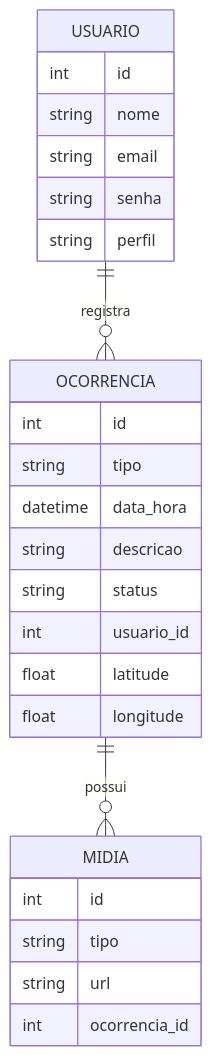
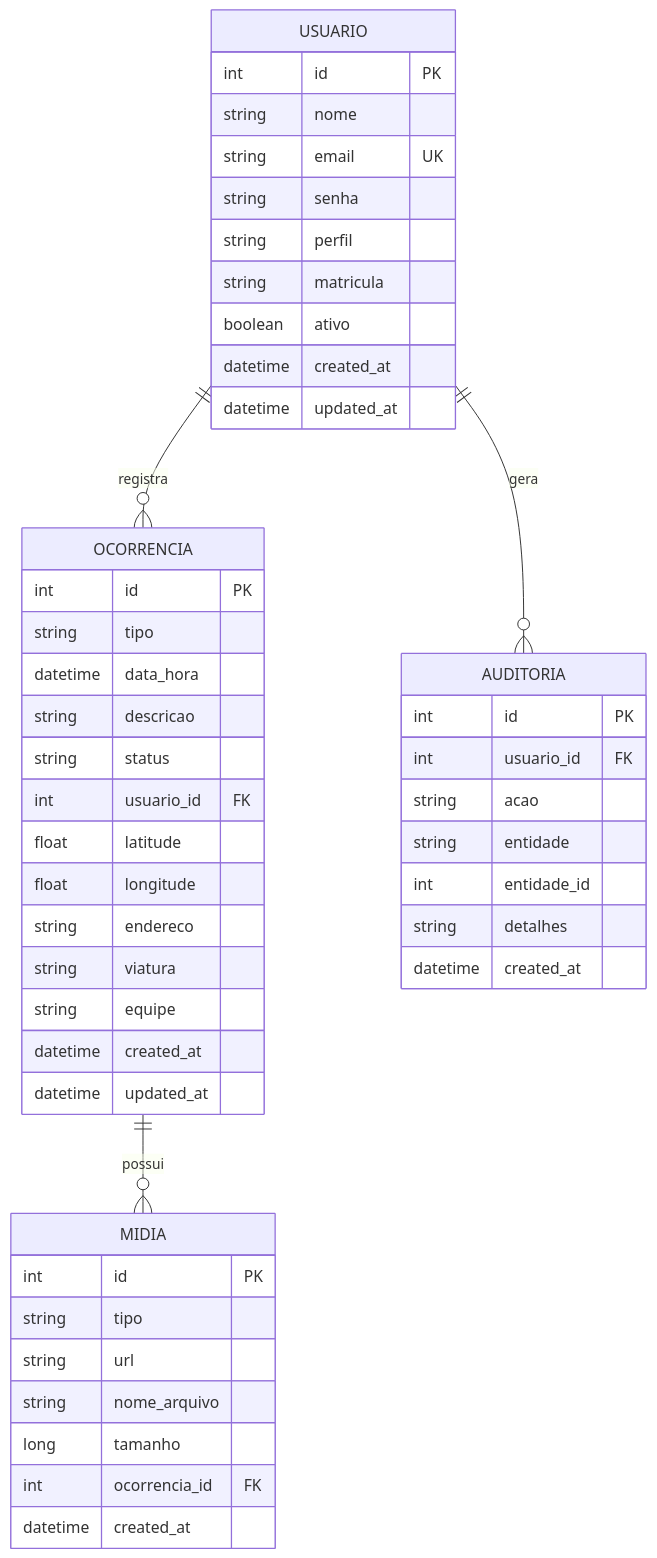
One commit to ViniciusHubb/lobo-webapp-project changed the second of 2 diagrams in README.md. Above: the diagram before and after it, drawn with Mermaid. The commit also changed other lines of this file, not shown here.

````diff
--- a/README.md
+++ b/README.md
@@ -163,28 +182,54 @@
 ```mermaid
 erDiagram
     USUARIO {
-      int id
-      string nome
-      string email
-      string senha
-      string perfil
+        int id PK
+        string nome
+        string email UK
+        string senha
+        string perfil
+        string matricula
+        boolean ativo
+        datetime created_at
+        datetime updated_at
     }
+  
     OCORRENCIA {
-      int id
-      string tipo
-      datetime data_hora
-      string descricao
-      string status
-      int usuario_id
-      float latitude
-      float longitude
+        int id PK
+        string tipo
+        datetime data_hora
+        string descricao
+        string status
+        int usuario_id FK
+        float latitude
+        float longitude
+        string endereco
+        string viatura
+        string equipe
+        datetime created_at
+        datetime updated_at
     }
+  
     MIDIA {
-      int id
-      string tipo
-      string url
-      int ocorrencia_id
+        int id PK
+        string tipo
+        string url
+        string nome_arquivo
+        long tamanho
+        int ocorrencia_id FK
+        datetime created_at
     }
+  
+    AUDITORIA {
+        int id PK
+        int usuario_id FK
+        string acao
+        string entidade
+        int entidade_id
+        string detalhes
+        datetime created_at
+    }
+  
     USUARIO ||--o{ OCORRENCIA : registra
     OCORRENCIA ||--o{ MIDIA : possui
+    USUARIO ||--o{ AUDITORIA : gera
 ```
````
